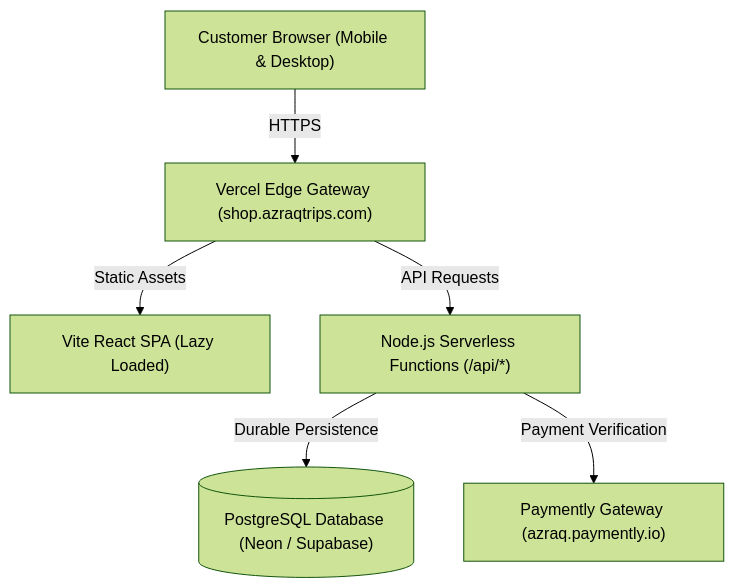
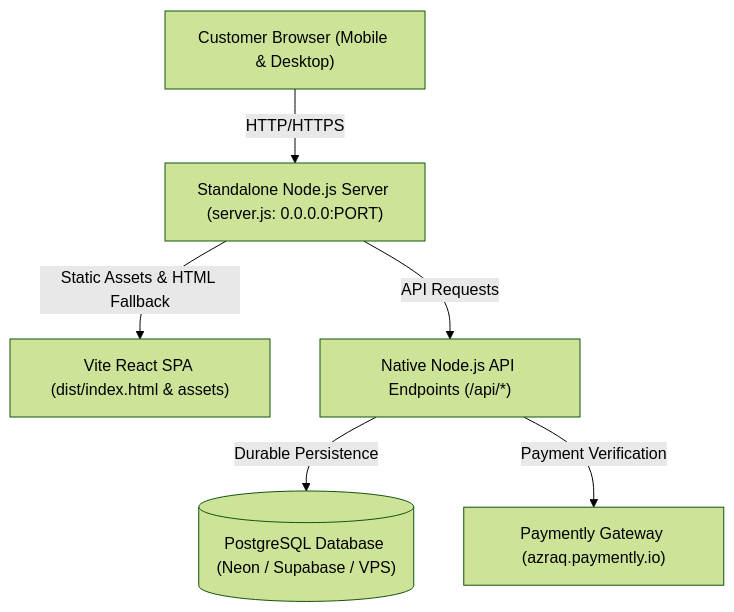
One commit to istihadahmed007/Azraq-Shop changed the diagram in README.md. Above: the diagram before and after it, drawn with Mermaid (forest theme). The commit also changed other lines of this file and 32 other files, not shown here.

Commit message:
feat(server): completely remove Vercel, migrate to standalone Node.js server, and permanently fix product page refresh

````diff
--- a/README.md
+++ b/README.md
@@ -21,15 +20,15 @@
 ```mermaid
 flowchart TD
     Client["Customer Browser (Mobile & Desktop)"]
-    VercelEdge["Vercel Edge Gateway (shop.azraqtrips.com)"]
-    ViteSPA["Vite React SPA (Lazy Loaded)"]
-    ServerlessAPI["Node.js Serverless Functions (/api/*)"]
-    PostgresDB[("PostgreSQL Database (Neon / Supabase)")]
+    NodeServer["Standalone Node.js Server (server.js: 0.0.0.0:PORT)"]
+    ViteSPA["Vite React SPA (dist/index.html & assets)"]
+    ServerAPI["Native Node.js API Endpoints (/api/*)"]
+    PostgresDB[("PostgreSQL Database (Neon / Supabase / VPS)")]
     PaymentlyGW["Paymently Gateway (azraq.paymently.io)"]
 
-    Client -->|HTTPS| VercelEdge
-    VercelEdge -->|Static Assets| ViteSPA
-    VercelEdge -->|API Requests| ServerlessAPI
-    ServerlessAPI -->|Durable Persistence| PostgresDB
-    ServerlessAPI -->|Payment Verification| PaymentlyGW
+    Client -->|HTTP/HTTPS| NodeServer
+    NodeServer -->|Static Assets & HTML Fallback| ViteSPA
+    NodeServer -->|API Requests| ServerAPI
+    ServerAPI -->|Durable Persistence| PostgresDB
+    ServerAPI -->|Payment Verification| PaymentlyGW
 ```
````
